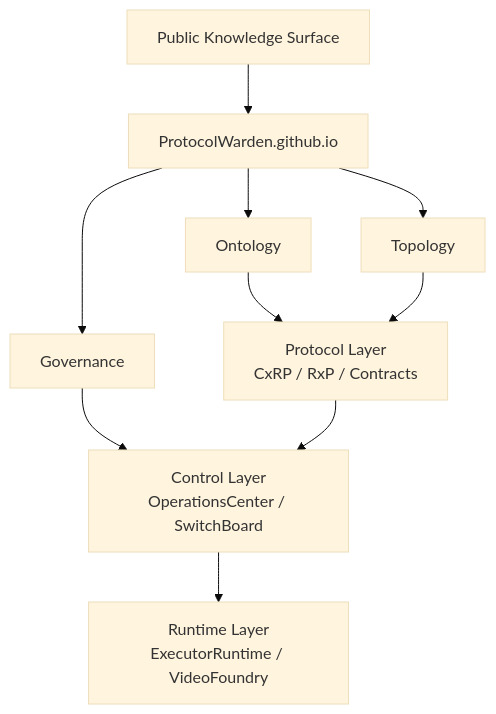
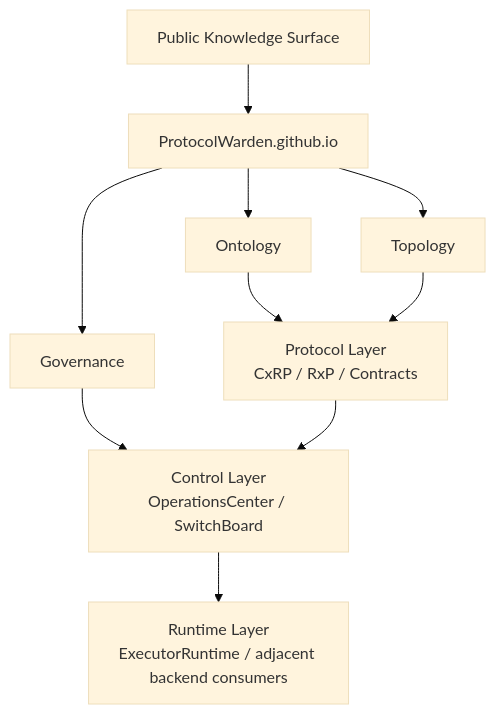
Before and after one commit to ProtocolWarden/ProtocolWarden.github.io: the first of 2 diagrams in docs/index.md, drawn with Mermaid (base theme). The commit also changed other lines of this file and 16 other files, not shown here.

````diff
--- a/docs/index.md
+++ b/docs/index.md
@@ -72,21 +72,21 @@
 ```mermaid
 graph TD
     PKS[Public Knowledge Surface]
     SITE[ProtocolWarden.github.io]
     ONT[Ontology]
     TOP[Topology]
     GOV[Governance]
     PROTO[Protocol Layer\nCxRP / RxP / Contracts]
     CTRL[Control Layer\nOperationsCenter / SwitchBoard]
-    RUN[Runtime Layer\nExecutorRuntime / VideoFoundry]
+    RUN[Runtime Layer\nExecutorRuntime / adjacent backend consumers]
 
     PKS --> SITE
     SITE --> ONT
     SITE --> TOP
     SITE --> GOV
     ONT --> PROTO
     TOP --> PROTO
     GOV --> CTRL
     PROTO --> CTRL
     CTRL --> RUN
 ```
````
